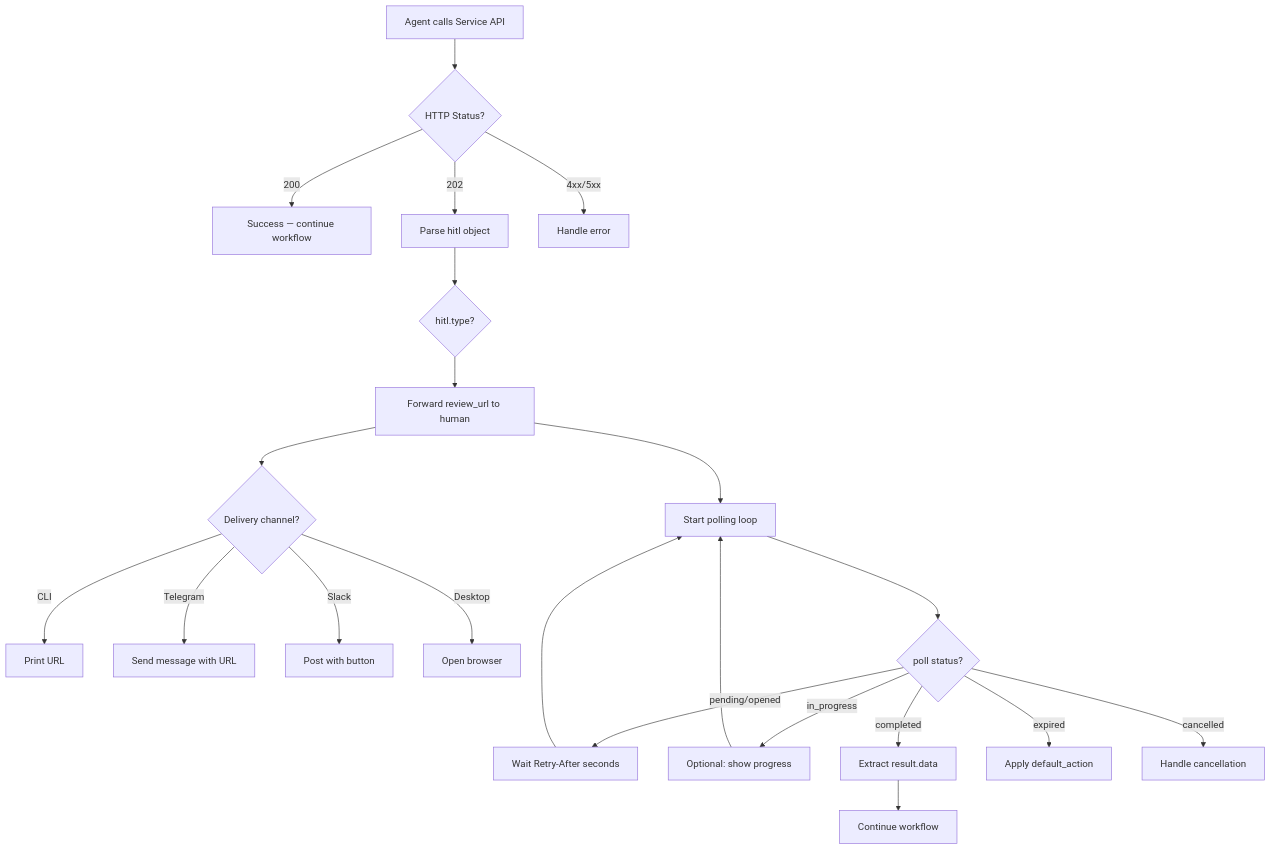
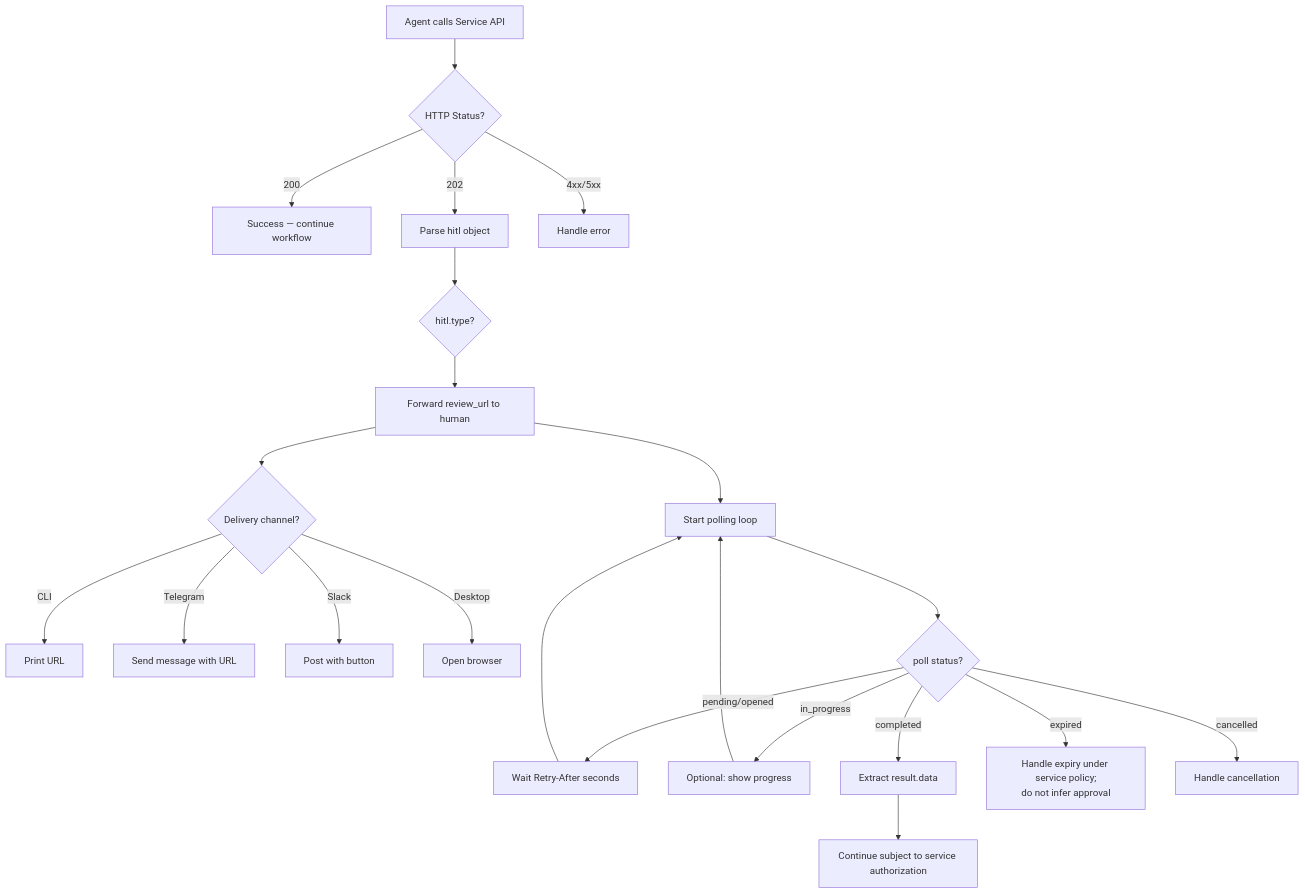
One commit to rotorstar/hitl-protocol changed the eighth of 8 diagrams in docs/quick-start.md. Above: the diagram before and after it, drawn with Mermaid. The commit also changed other lines of this file and 190 other files, not shown here.

````diff
--- a/docs/quick-start.md
+++ b/docs/quick-start.md
@@ -182,26 +184,26 @@
 ```mermaid
 flowchart TD
     A[Agent calls Service API] --> B{HTTP Status?}
     B -->|200| C[Success — continue workflow]
     B -->|202| D[Parse hitl object]
     B -->|4xx/5xx| E[Handle error]
 
     D --> F{hitl.type?}
     F --> G[Forward review_url to human]
     G --> H{Delivery channel?}
     H -->|CLI| I[Print URL]
     H -->|Telegram| J[Send message with URL]
     H -->|Slack| K[Post with button]
     H -->|Desktop| L[Open browser]
 
     G --> M[Start polling loop]
     M --> N{poll status?}
     N -->|pending/opened| O[Wait Retry-After seconds]
     O --> M
     N -->|in_progress| P[Optional: show progress]
     P --> M
     N -->|completed| Q[Extract result.data]
-    Q --> R[Continue workflow]
-    N -->|expired| S[Apply default_action]
+    Q --> R[Continue subject to service authorization]
+    N -->|expired| S[Handle expiry under service policy;<br/>do not infer approval]
     N -->|cancelled| T[Handle cancellation]
 ```
````
